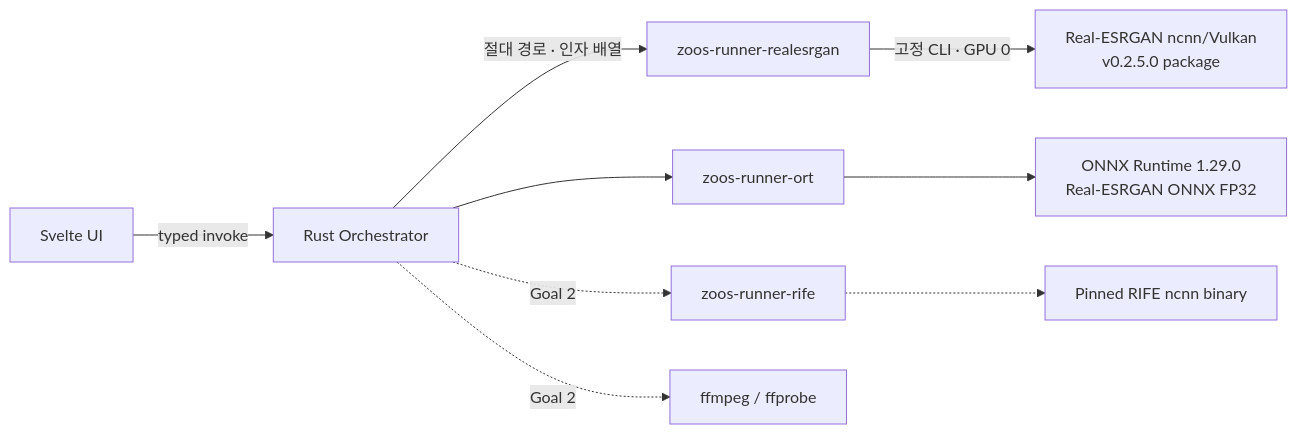
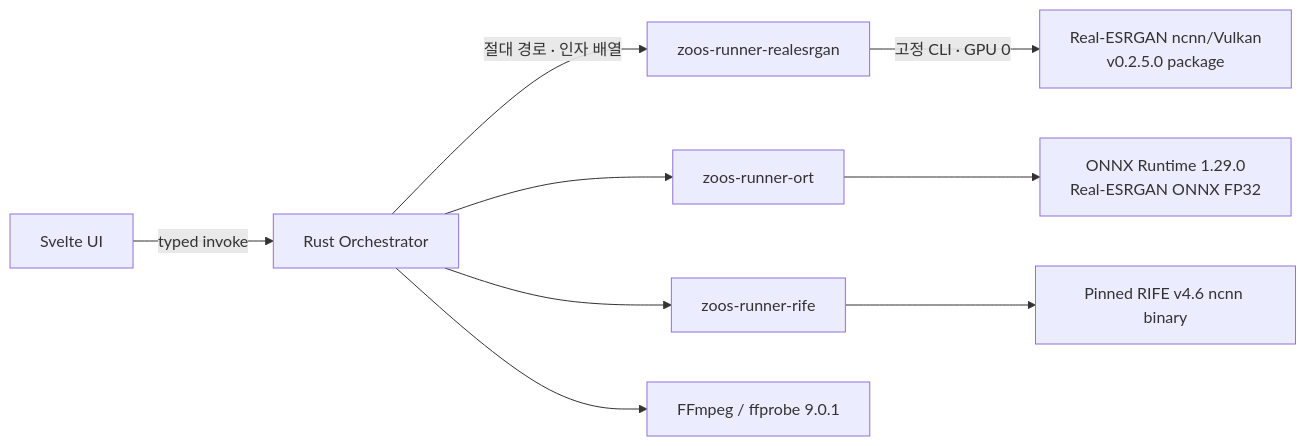
The second of 9 diagrams in ARCHITECTURE.md (zooslab/zoos-upscale), drawn with Mermaid before and after one commit. The commit also changed other lines of this file and 1 other file, not shown here.

Commit message:
docs: Goal 2 구현 현황 반영

````diff
--- a/ARCHITECTURE.md
+++ b/ARCHITECTURE.md
@@ -114,12 +121,12 @@
 ```mermaid
 flowchart LR
     UI["Svelte UI"] -->|"typed invoke"| APP["Rust Orchestrator"]
     APP -->|"절대 경로 · 인자 배열"| WR1["zoos-runner-realesrgan"]
     APP --> WR3["zoos-runner-ort"]
     WR1 -->|"고정 CLI · GPU 0"| ESR["Real-ESRGAN ncnn/Vulkan<br/>v0.2.5.0 package"]
     WR3 --> ORT["ONNX Runtime 1.29.0<br/>Real-ESRGAN ONNX FP32"]
 
-    APP -. "Goal 2" .-> WR2["zoos-runner-rife"]
-    APP -. "Goal 2" .-> FF["ffmpeg / ffprobe"]
-    WR2 -.-> RIFE["Pinned RIFE ncnn binary"]
+    APP --> WR2["zoos-runner-rife"]
+    APP --> FF["FFmpeg / ffprobe 9.0.1"]
+    WR2 --> RIFE["Pinned RIFE v4.6 ncnn binary"]
 ```
````
